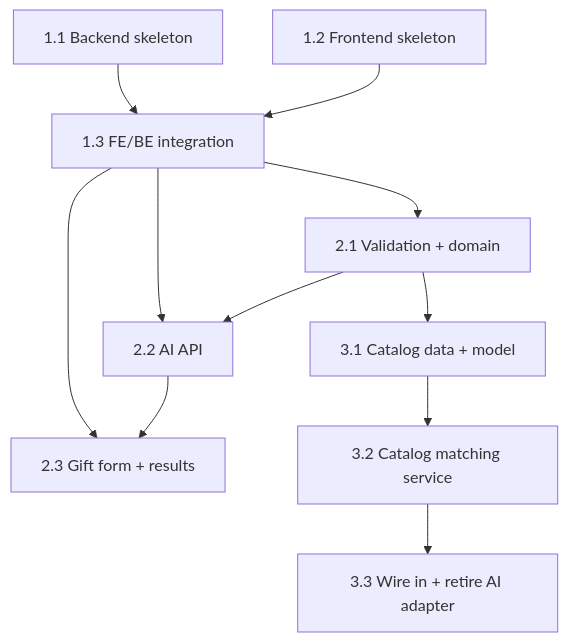
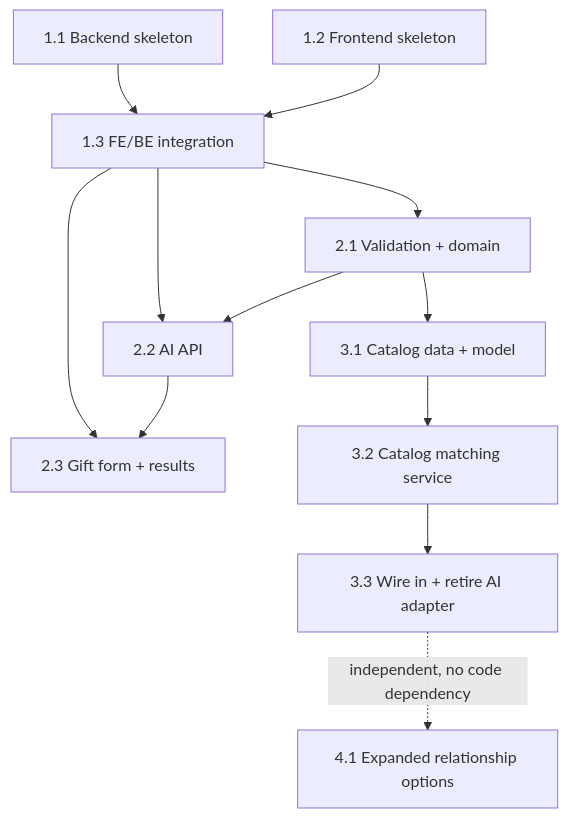
The diagram in docs/plans/implementation-plan.md (luciancorcaci-beep/GiftSugestionApp), drawn with Mermaid before and after one commit. The commit also changed other lines of this file and 28 other files, not shown here.

First line of the commit message:
Add 6 humorous relationship options to gift form (Story 4.1)

````diff
--- a/docs/plans/implementation-plan.md
+++ b/docs/plans/implementation-plan.md
@@ -26,13 +27,14 @@
 ```mermaid
 graph TD
   A1["1.1 Backend skeleton"] --> C1["1.3 FE/BE integration"]
   A2["1.2 Frontend skeleton"] --> C1
   C1 --> B1["2.1 Validation + domain"]
   C1 --> B2["2.2 AI API"]
   C1 --> B3["2.3 Gift form + results"]
   B1 --> B2
   B2 --> B3
   B1 --> D1["3.1 Catalog data + model"]
   D1 --> D2["3.2 Catalog matching service"]
   D2 --> D3["3.3 Wire in + retire AI adapter"]
+  D3 -.independent, no code dependency.-> E1["4.1 Expanded relationship options"]
 ```
````
